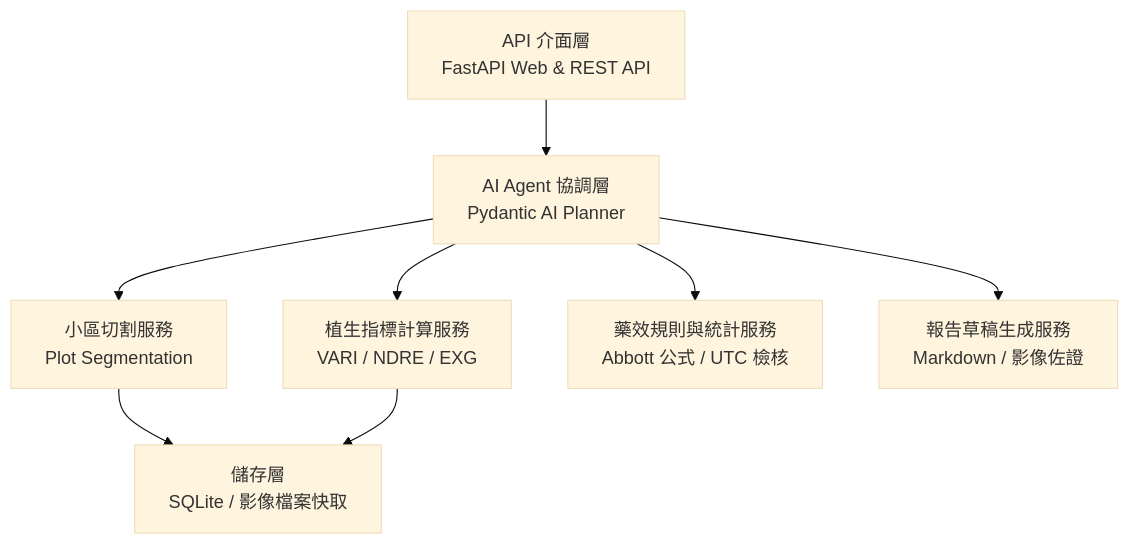
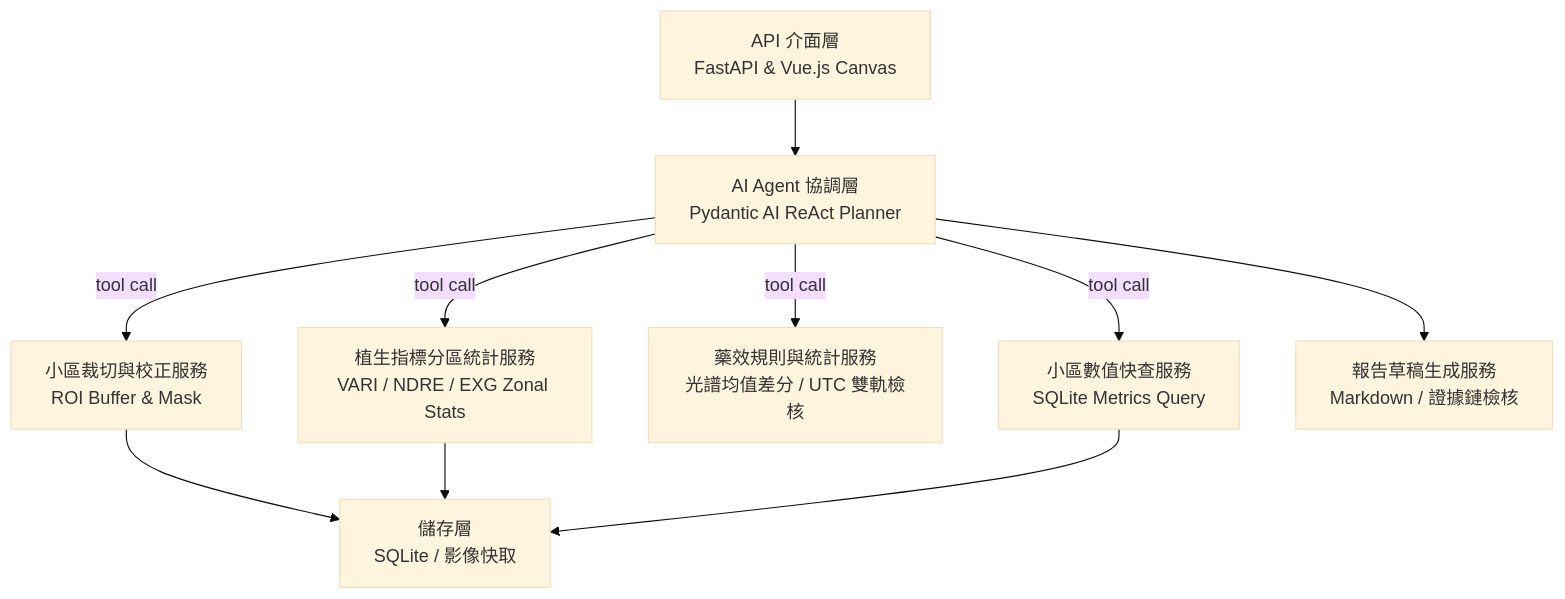
The first of 3 diagrams in docs/proposal/05_proposed_scheme.md (ChengLiangHsu/AI-InfoSec-Fianl-Project), drawn with Mermaid (base theme) before and after one commit. The commit also changed other lines of this file and 17 other files, not shown here.

````diff
--- a/docs/proposal/05_proposed_scheme.md
+++ b/docs/proposal/05_proposed_scheme.md
@@ -22,10 +22,12 @@
 ```mermaid
 graph TD
-    API["API 介面層<br/>FastAPI Web & REST API"] --> AGENT["AI Agent 協調層<br/>Pydantic AI Planner"]
-    AGENT --> SEG["小區切割服務<br/>Plot Segmentation"]
-    AGENT --> IND["植生指標計算服務<br/>VARI / NDRE / EXG"]
-    AGENT --> RULE["藥效規則與統計服務<br/>Abbott 公式 / UTC 檢核"]
-    AGENT --> REP["報告草稿生成服務<br/>Markdown / 影像佐證"]
-    SEG --> STORE["儲存層<br/>SQLite / 影像檔案快取"]
+    API["API 介面層<br/>FastAPI & Vue.js Canvas"] --> AGENT["AI Agent 協調層<br/>Pydantic AI ReAct Planner"]
+    AGENT -- tool call --> SEG["小區裁切與校正服務<br/>ROI Buffer & Mask"]
+    AGENT -- tool call --> IND["植生指標分區統計服務<br/>VARI / NDRE / EXG Zonal Stats"]
+    AGENT -- tool call --> RULE["藥效規則與統計服務<br/>光譜均值差分 / UTC 雙軌檢核"]
+    AGENT -- tool call --> QRY["小區數值快查服務<br/>SQLite Metrics Query"]
+    AGENT --> REP["報告草稿生成服務<br/>Markdown / 證據鏈檢核"]
+    SEG --> STORE["儲存層<br/>SQLite / 影像快取"]
     IND --> STORE
+    QRY --> STORE
 ```
````
